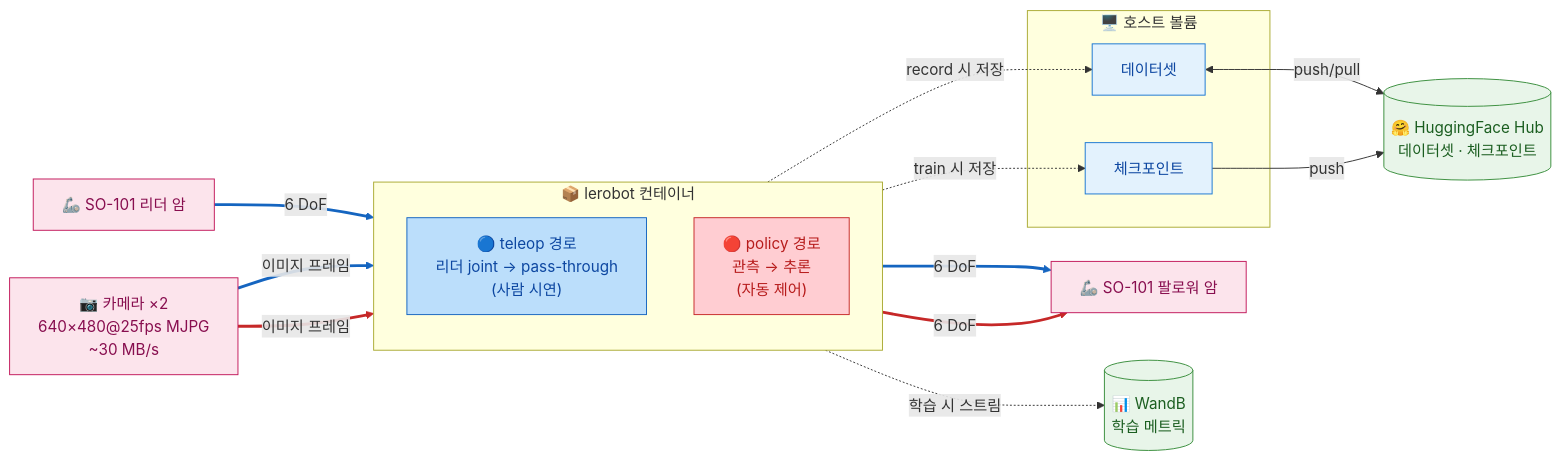
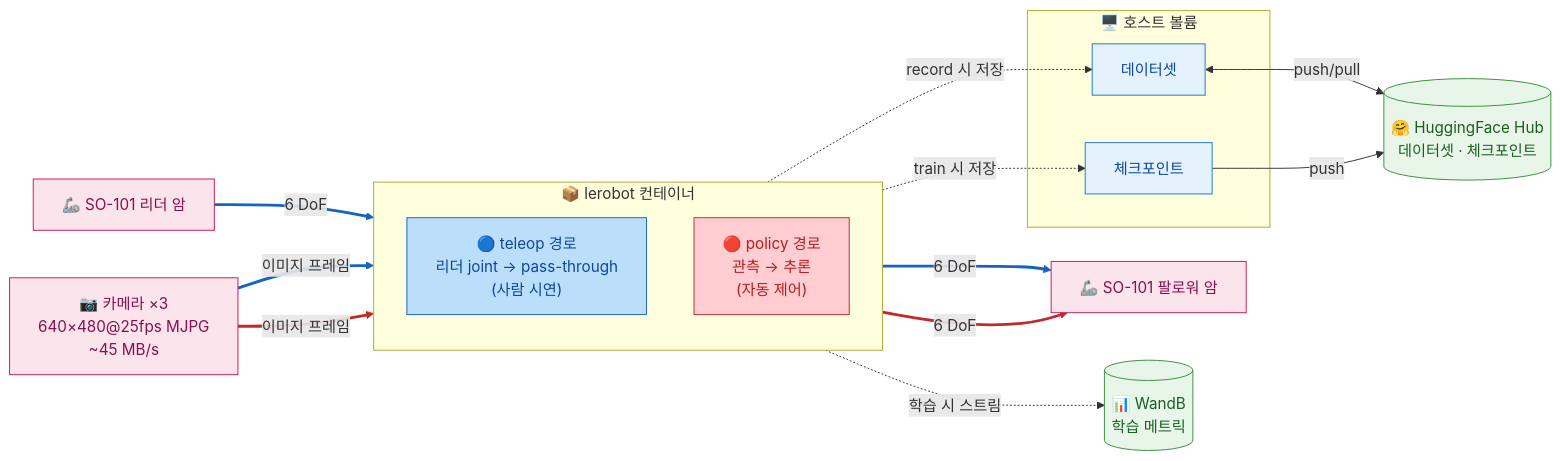
One commit to PubCyBerry/LeIsaac-GR00T changed the diagram in README.md. Above: the diagram before and after it, drawn with Mermaid. The commit also changed other lines of this file and 1 other file, not shown here.

Commit message:
docs: 카메라 2개 → 3개로 수정

````diff
--- a/README.md
+++ b/README.md
@@ -22,43 +22,43 @@
 ```mermaid
 flowchart LR
     classDef hw fill:#fce4ec,stroke:#c2185b,color:#880e4f
     classDef host fill:#e3f2fd,stroke:#1976d2,color:#0d47a1
     classDef cloud fill:#e8f5e9,stroke:#388e3c,color:#1b5e20
     classDef teleopNode fill:#bbdefb,stroke:#1565c0,color:#0d47a1
     classDef policyNode fill:#ffcdd2,stroke:#c62828,color:#b71c1c
 
     LEAD["🦾 SO-101 리더 암"]:::hw
-    CAM["📷 카메라 ×2<br/>640×480@25fps MJPG<br/>~30 MB/s"]:::hw
+    CAM["📷 카메라 ×3<br/>640×480@25fps MJPG<br/>~45 MB/s"]:::hw
 
     subgraph CON["📦 lerobot 컨테이너"]
         direction TB
         T["🔵 teleop 경로<br/>리더 joint → pass-through<br/>(사람 시연)"]:::teleopNode
         P["🔴 policy 경로<br/>관측 → 추론<br/>(자동 제어)"]:::policyNode
     end
 
     FOLL["🦾 SO-101 팔로워 암"]:::hw
 
     subgraph HOST["🖥️ 호스트 볼륨"]
         DS["데이터셋"]:::host
         OUT["체크포인트"]:::host
     end
     HF[("🤗 HuggingFace Hub<br/>데이터셋 · 체크포인트")]:::cloud
     WB[("📊 WandB<br/>학습 메트릭")]:::cloud
 
     LEAD -->|6 DoF| T
     CAM -->|이미지 프레임| T
     CAM -->|이미지 프레임| P
     T -->|6 DoF| FOLL
     P -->|6 DoF| FOLL
     T -.->|record 시 저장| DS
     P -.->|train 시 저장| OUT
     DS <-->|push/pull| HF
     OUT -->|push| HF
     P -.->|학습 시 스트림| WB
 
     linkStyle 0 stroke:#1565c0,stroke-width:3px
     linkStyle 1 stroke:#1565c0,stroke-width:3px
     linkStyle 2 stroke:#c62828,stroke-width:3px
     linkStyle 3 stroke:#1565c0,stroke-width:3px
     linkStyle 4 stroke:#c62828,stroke-width:3px
 ```
````
